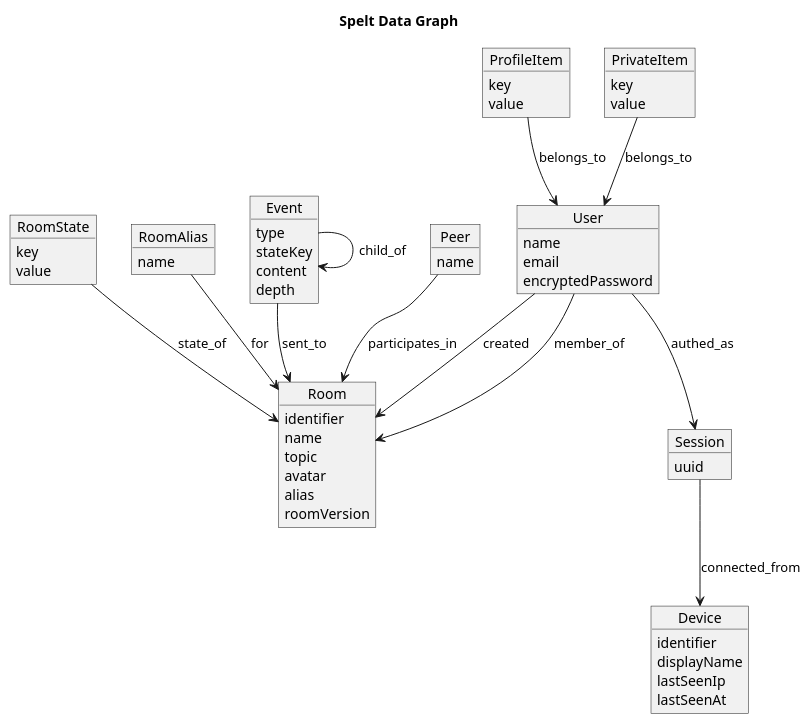
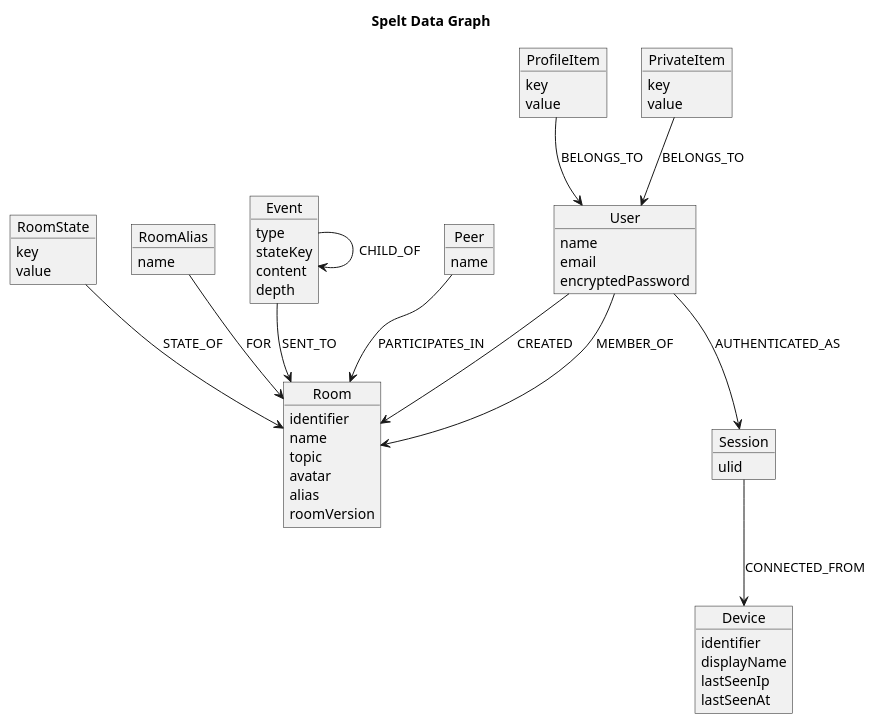
Before and after one commit to jec/spelt-scala: the diagram in doc/data_graph.puml, drawn with PlantUML. The commit also changed 10 other files, not shown here.

```diff
--- a/doc/data_graph.puml
+++ b/doc/data_graph.puml
@@ -1,64 +1,64 @@
 @startuml
 
 title Spelt Data Graph
 
 object User {
   name
   email
   encryptedPassword
 }
 object ProfileItem {
   key
   value
 }
 object PrivateItem {
   key
   value
 }
 object Session {
-  uuid
+  ulid
 }
 object Device {
   identifier
   displayName
   lastSeenIp
   lastSeenAt
 }
 object Room {
   identifier
   name
   topic
   avatar
   alias
   roomVersion
 }
 object RoomState {
   key
   value
 }
 object RoomAlias {
   name
 }
 object Event {
   type
   stateKey
   content
   depth
 }
 object Peer {
   name
 }
 
-User --> Session : authed_as
-User --> Room : created
-User --> Room : member_of
-ProfileItem --> User : belongs_to
-PrivateItem --> User : belongs_to
-RoomState --> Room : state_of
-RoomAlias --> Room : for
-Session --> Device : connected_from
-Event --> Event : child_of
-Event --> Room : sent_to
-Peer --> Room : participates_in
+User --> Session : AUTHENTICATED_AS
+User --> Room : CREATED
+User --> Room : MEMBER_OF
+ProfileItem --> User : BELONGS_TO
+PrivateItem --> User : BELONGS_TO
+RoomState --> Room : STATE_OF
+RoomAlias --> Room : FOR
+Session --> Device : CONNECTED_FROM
+Event --> Event : CHILD_OF
+Event --> Room : SENT_TO
+Peer --> Room : PARTICIPATES_IN
 
 @enduml
```
